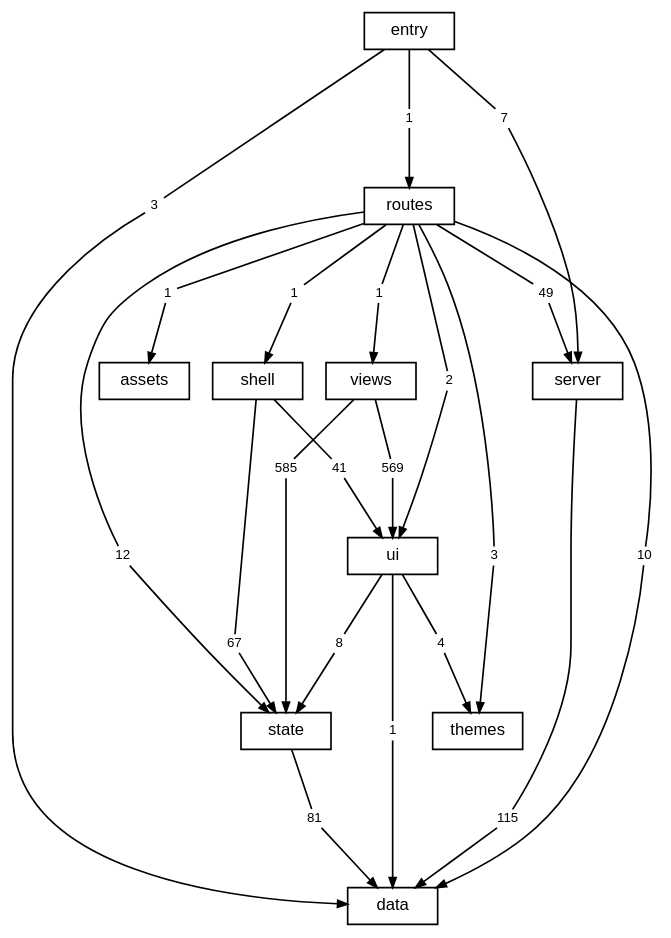
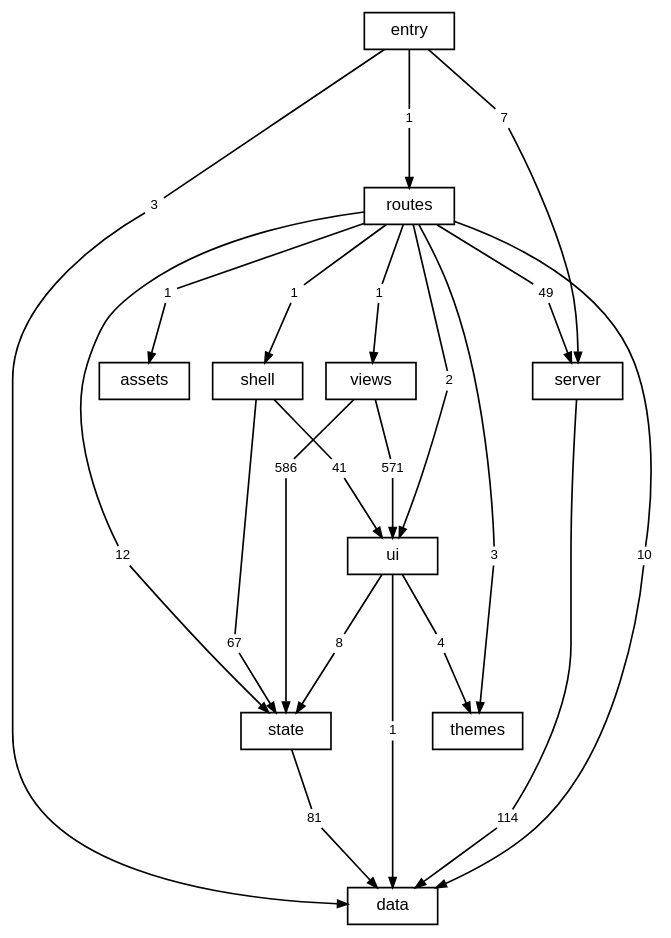
The diagram in docs/diagrams/layers.dot (TheAxeC/oculus), drawn with Graphviz before and after one commit. The commit also changed 78 other files, not shown here.

```diff
--- a/docs/diagrams/layers.dot
+++ b/docs/diagrams/layers.dot
@@ -1,75 +1,75 @@
 digraph layers {
     graph [bgcolor="transparent", rankdir=TB, newrank=true, fontname="Helvetica,Arial,sans-serif", fontsize=12, nodesep=0.2, ranksep=0.5];
     node [shape=box, color="black", fontcolor="black", fontname="Helvetica,Arial,sans-serif", fontsize=10, height=0.3, margin="0.12,0.04"];
     edge [color="black", fontcolor="black", fontname="Helvetica,Arial,sans-serif", fontsize=8, arrowsize=0.6];
     "data";
     "server";
     "state";
     "ui";
     "shell";
     "views";
     "themes";
     "routes";
     "src" [label="entry"];
     "files: assets" [label="assets"];
     "routes to data" [label="10", shape=box, color="transparent", fontsize=8, width=0, height=0, margin="0.04,0.02"];
     "routes" -> "routes to data" [arrowhead=none];
     "routes to data" -> "data" [];
     "routes to files: assets" [label="1", shape=box, color="transparent", fontsize=8, width=0, height=0, margin="0.04,0.02"];
     "routes" -> "routes to files: assets" [arrowhead=none];
     "routes to files: assets" -> "files: assets" [];
     "routes to server" [label="49", shape=box, color="transparent", fontsize=8, width=0, height=0, margin="0.04,0.02"];
     "routes" -> "routes to server" [arrowhead=none];
     "routes to server" -> "server" [];
     "routes to shell" [label="1", shape=box, color="transparent", fontsize=8, width=0, height=0, margin="0.04,0.02"];
     "routes" -> "routes to shell" [arrowhead=none];
     "routes to shell" -> "shell" [];
     "routes to state" [label="12", shape=box, color="transparent", fontsize=8, width=0, height=0, margin="0.04,0.02"];
     "routes" -> "routes to state" [arrowhead=none];
     "routes to state" -> "state" [];
     "routes to themes" [label="3", shape=box, color="transparent", fontsize=8, width=0, height=0, margin="0.04,0.02"];
     "routes" -> "routes to themes" [arrowhead=none];
     "routes to themes" -> "themes" [];
     "routes to ui" [label="2", shape=box, color="transparent", fontsize=8, width=0, height=0, margin="0.04,0.02"];
     "routes" -> "routes to ui" [arrowhead=none];
     "routes to ui" -> "ui" [];
     "routes to views" [label="1", shape=box, color="transparent", fontsize=8, width=0, height=0, margin="0.04,0.02"];
     "routes" -> "routes to views" [arrowhead=none];
     "routes to views" -> "views" [];
-    "server to data" [label="115", shape=box, color="transparent", fontsize=8, width=0, height=0, margin="0.04,0.02"];
+    "server to data" [label="114", shape=box, color="transparent", fontsize=8, width=0, height=0, margin="0.04,0.02"];
     "server" -> "server to data" [arrowhead=none];
     "server to data" -> "data" [];
     "shell to state" [label="67", shape=box, color="transparent", fontsize=8, width=0, height=0, margin="0.04,0.02"];
     "shell" -> "shell to state" [arrowhead=none];
     "shell to state" -> "state" [];
     "shell to ui" [label="41", shape=box, color="transparent", fontsize=8, width=0, height=0, margin="0.04,0.02"];
     "shell" -> "shell to ui" [arrowhead=none];
     "shell to ui" -> "ui" [];
     "src to data" [label="3", shape=box, color="transparent", fontsize=8, width=0, height=0, margin="0.04,0.02"];
     "src" -> "src to data" [arrowhead=none];
     "src to data" -> "data" [];
     "src to routes" [label="1", shape=box, color="transparent", fontsize=8, width=0, height=0, margin="0.04,0.02"];
     "src" -> "src to routes" [arrowhead=none];
     "src to routes" -> "routes" [];
     "src to server" [label="7", shape=box, color="transparent", fontsize=8, width=0, height=0, margin="0.04,0.02"];
     "src" -> "src to server" [arrowhead=none];
     "src to server" -> "server" [];
     "state to data" [label="81", shape=box, color="transparent", fontsize=8, width=0, height=0, margin="0.04,0.02"];
     "state" -> "state to data" [arrowhead=none];
     "state to data" -> "data" [];
     "ui to data" [label="1", shape=box, color="transparent", fontsize=8, width=0, height=0, margin="0.04,0.02"];
     "ui" -> "ui to data" [arrowhead=none];
     "ui to data" -> "data" [];
     "ui to state" [label="8", shape=box, color="transparent", fontsize=8, width=0, height=0, margin="0.04,0.02"];
     "ui" -> "ui to state" [arrowhead=none];
     "ui to state" -> "state" [];
     "ui to themes" [label="4", shape=box, color="transparent", fontsize=8, width=0, height=0, margin="0.04,0.02"];
     "ui" -> "ui to themes" [arrowhead=none];
     "ui to themes" -> "themes" [];
-    "views to state" [label="585", shape=box, color="transparent", fontsize=8, width=0, height=0, margin="0.04,0.02"];
+    "views to state" [label="586", shape=box, color="transparent", fontsize=8, width=0, height=0, margin="0.04,0.02"];
     "views" -> "views to state" [arrowhead=none];
     "views to state" -> "state" [];
-    "views to ui" [label="569", shape=box, color="transparent", fontsize=8, width=0, height=0, margin="0.04,0.02"];
+    "views to ui" [label="571", shape=box, color="transparent", fontsize=8, width=0, height=0, margin="0.04,0.02"];
     "views" -> "views to ui" [arrowhead=none];
     "views to ui" -> "ui" [];
 }
```
